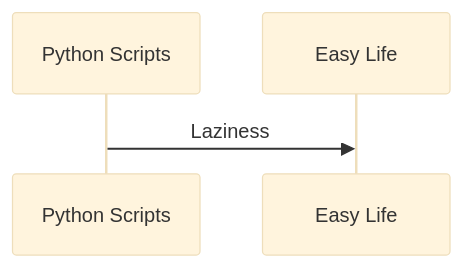
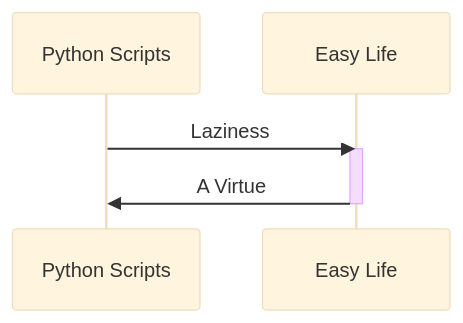
The diagram in README.md (gaurav8969/python-scripts), drawn with Mermaid (base theme) before and after one commit.

````diff
--- a/README.md
+++ b/README.md
@@ -3,7 +3,10 @@
 ```mermaid
 sequenceDiagram
     participant Python Scripts
     participant Easy Life
 
     Python Scripts->>Easy Life: Laziness
+    activate Easy Life
+    Easy Life->>Python Scripts: A Virtue
+    deactivate Easy Life
 ```
````
